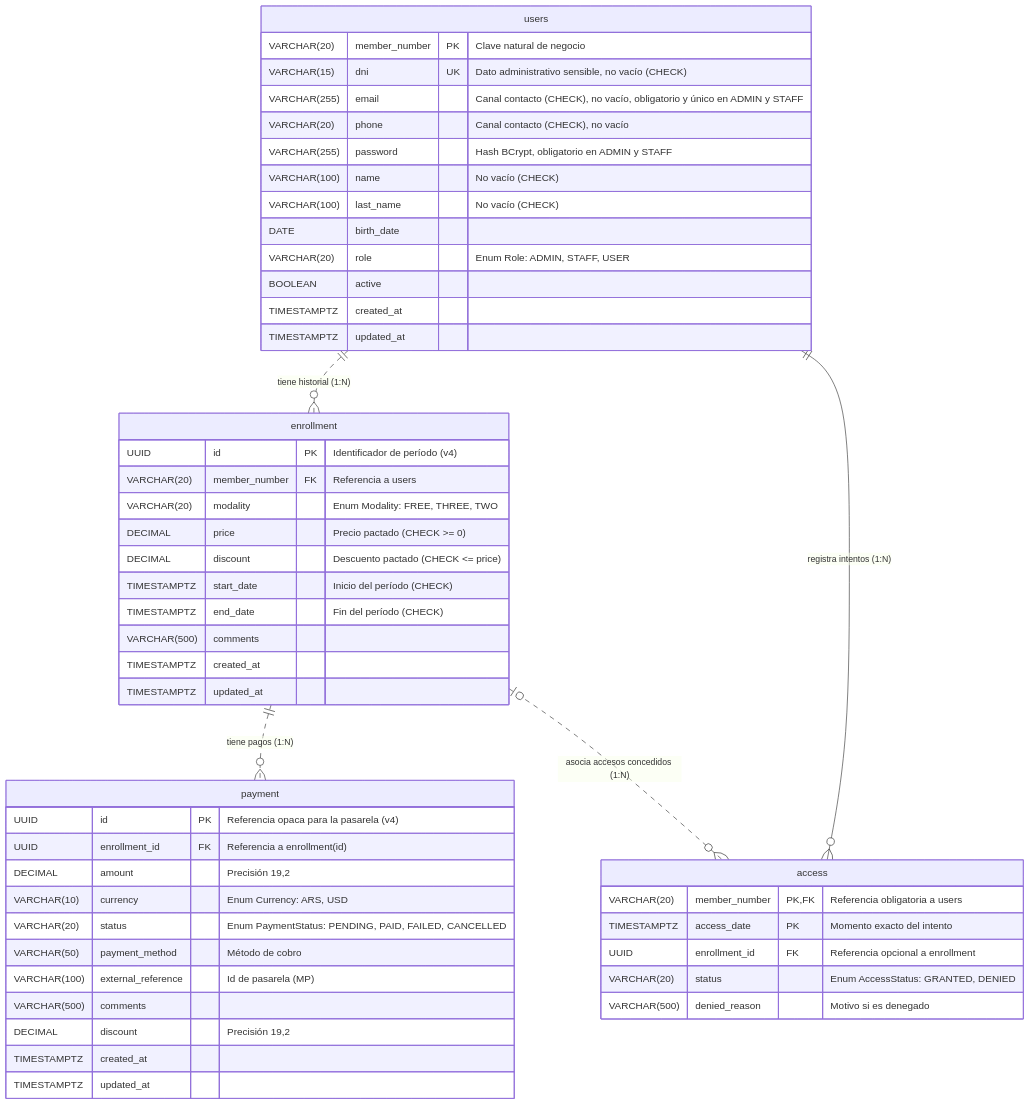
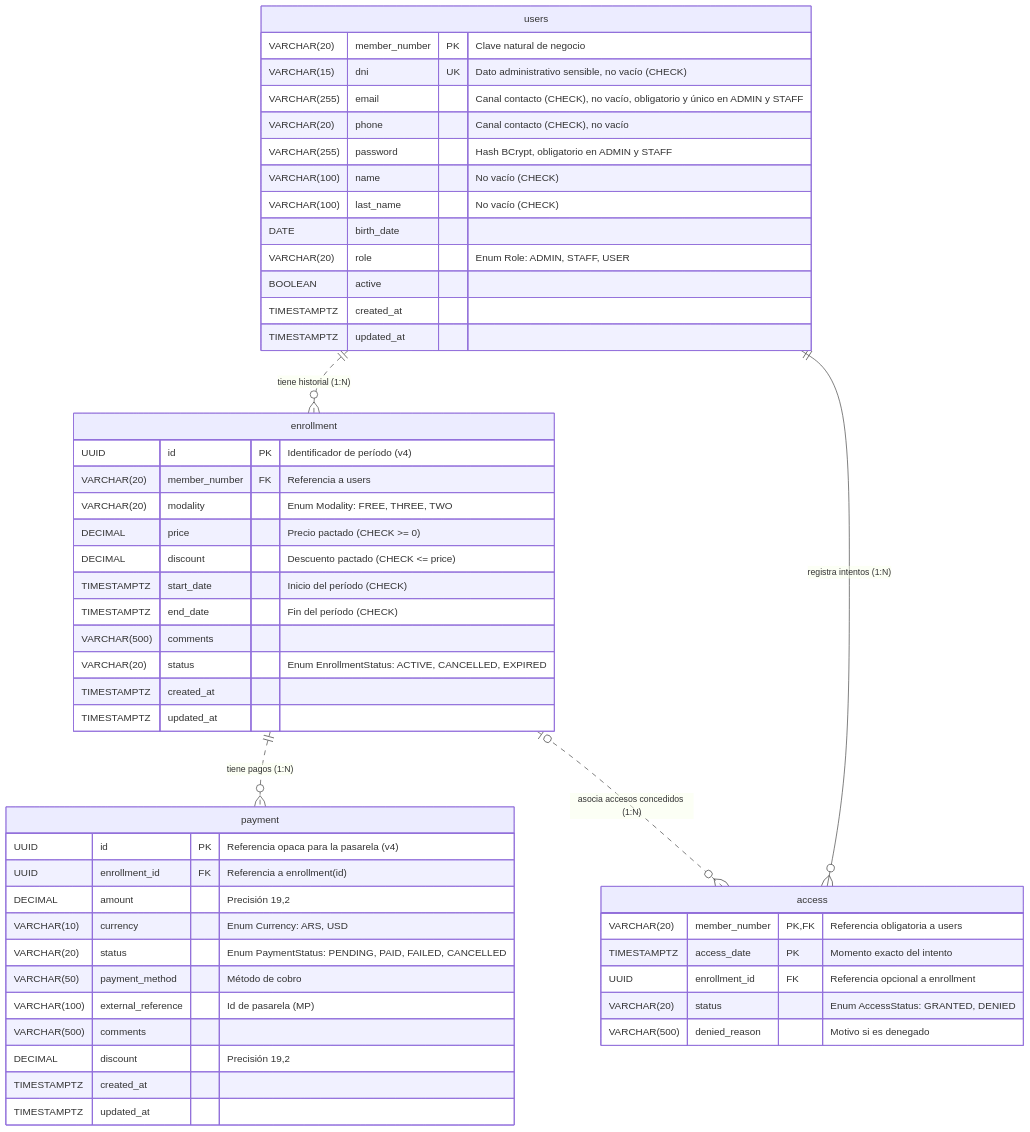
The diagram in docs/entidades.md (santiagovOK/TFI_grupo144), drawn with Mermaid before and after one commit. The commit also changed other lines of this file and 2 other files, not shown here.

Commit message:
refactor(schema): implement soft delete and exclusion constraint on enrollment

````diff
--- a/docs/entidades.md
+++ b/docs/entidades.md
@@ -7,53 +7,54 @@
 ```mermaid
 erDiagram
     users {
         VARCHAR(20) member_number PK "Clave natural de negocio"
         VARCHAR(15) dni UK "Dato administrativo sensible, no vacío (CHECK)"
         VARCHAR(255) email "Canal contacto (CHECK), no vacío, obligatorio y único en ADMIN y STAFF"
         VARCHAR(20) phone "Canal contacto (CHECK), no vacío"
         VARCHAR(255) password "Hash BCrypt, obligatorio en ADMIN y STAFF"
         VARCHAR(100) name "No vacío (CHECK)"
         VARCHAR(100) last_name "No vacío (CHECK)"
         DATE birth_date
         VARCHAR(20) role "Enum Role: ADMIN, STAFF, USER"
         BOOLEAN active
         TIMESTAMPTZ created_at
         TIMESTAMPTZ updated_at
     }
     enrollment {
         UUID id PK "Identificador de período (v4)"
         VARCHAR(20) member_number FK "Referencia a users"
         VARCHAR(20) modality "Enum Modality: FREE, THREE, TWO"
         DECIMAL price "Precio pactado (CHECK >= 0)"
         DECIMAL discount "Descuento pactado (CHECK <= price)"
         TIMESTAMPTZ start_date "Inicio del período (CHECK)"
         TIMESTAMPTZ end_date "Fin del período (CHECK)"
         VARCHAR(500) comments
+        VARCHAR(20) status "Enum EnrollmentStatus: ACTIVE, CANCELLED, EXPIRED"
         TIMESTAMPTZ created_at
         TIMESTAMPTZ updated_at
     }
     payment {
         UUID id PK "Referencia opaca para la pasarela (v4)"
         UUID enrollment_id FK "Referencia a enrollment(id)"
         DECIMAL amount "Precisión 19,2"
         VARCHAR(10) currency "Enum Currency: ARS, USD"
         VARCHAR(20) status "Enum PaymentStatus: PENDING, PAID, FAILED, CANCELLED"
         VARCHAR(50) payment_method "Método de cobro"
         VARCHAR(100) external_reference "Id de pasarela (MP)"
         VARCHAR(500) comments
         DECIMAL discount "Precisión 19,2"
         TIMESTAMPTZ created_at
         TIMESTAMPTZ updated_at
     }
     access {
         VARCHAR(20) member_number PK,FK "Referencia obligatoria a users"
         TIMESTAMPTZ access_date PK "Momento exacto del intento"
         UUID enrollment_id FK "Referencia opcional a enrollment"
         VARCHAR(20) status "Enum AccessStatus: GRANTED, DENIED"
         VARCHAR(500) denied_reason "Motivo si es denegado"
     }
     users ||..o{ enrollment : "tiene historial (1:N)"
     users ||--o{ access : "registra intentos (1:N)"
     enrollment ||..o{ payment : "tiene pagos (1:N)"
     enrollment |o..o{ access : "asocia accesos concedidos (1:N)"
 ```
````
